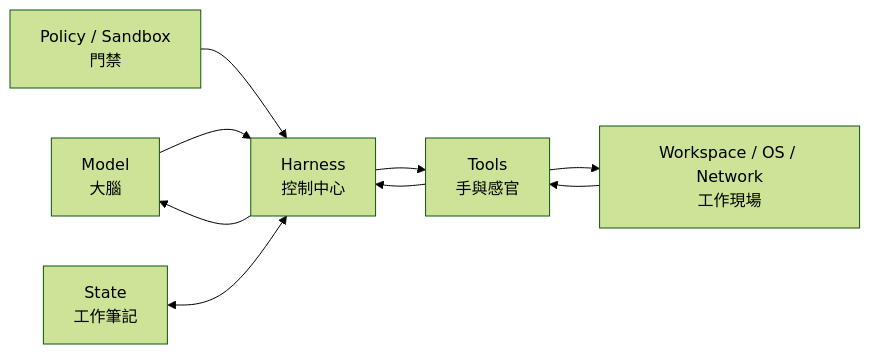
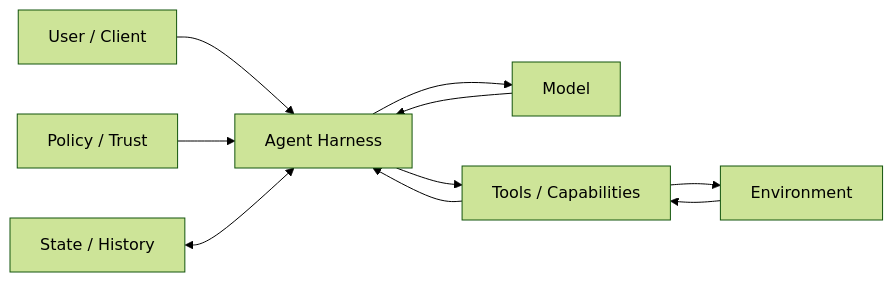
One commit to indigofeather/harness-book changed the first of 5 diagrams in docs/foundations/what-is-harness.md. Above: the diagram before and after it, drawn with Mermaid (forest theme). The commit also changed other lines of this file and 48 other files, not shown here.

````diff
--- a/docs/foundations/what-is-harness.md
+++ b/docs/foundations/what-is-harness.md
@@ -17,11 +15,12 @@
 ```mermaid
 flowchart LR
-  M[Model\n大腦] --> H[Harness\n控制中心]
-  H --> T[Tools\n手與感官]
-  T --> W[Workspace / OS / Network\n工作現場]
-  W --> T
+  U[User / Client] --> H[Agent Harness]
+  H --> M[Model]
+  M --> H
+  H --> T[Tools / Capabilities]
+  T --> E[Environment]
+  E --> T
   T --> H
-  H --> M
-  P[Policy / Sandbox\n門禁] --> H
-  S[State\n工作筆記] <--> H
+  P[Policy / Trust] --> H
+  S[State / History] <--> H
 ```
````
